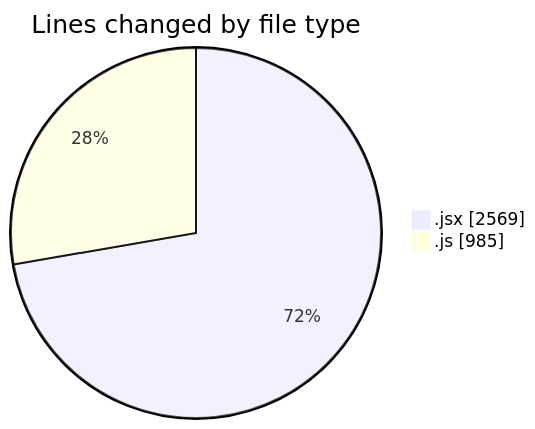
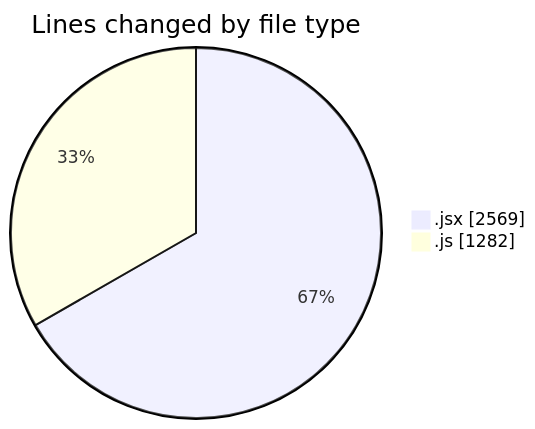
Before and after one commit to nxtqubesakshisongat/code-tracking: the first of 2 diagrams in 2025-07-11/argos/README.md, drawn with Mermaid. The commit also changed other lines of this file and 1 other file, not shown here.

````diff
--- a/2025-07-11/argos/README.md
+++ b/2025-07-11/argos/README.md
@@ -24,6 +24,6 @@
 ```mermaid
 pie showData
 title Lines changed by file type
 ".jsx" : 2569
-".js" : 985
+".js" : 1282
 ```
````
